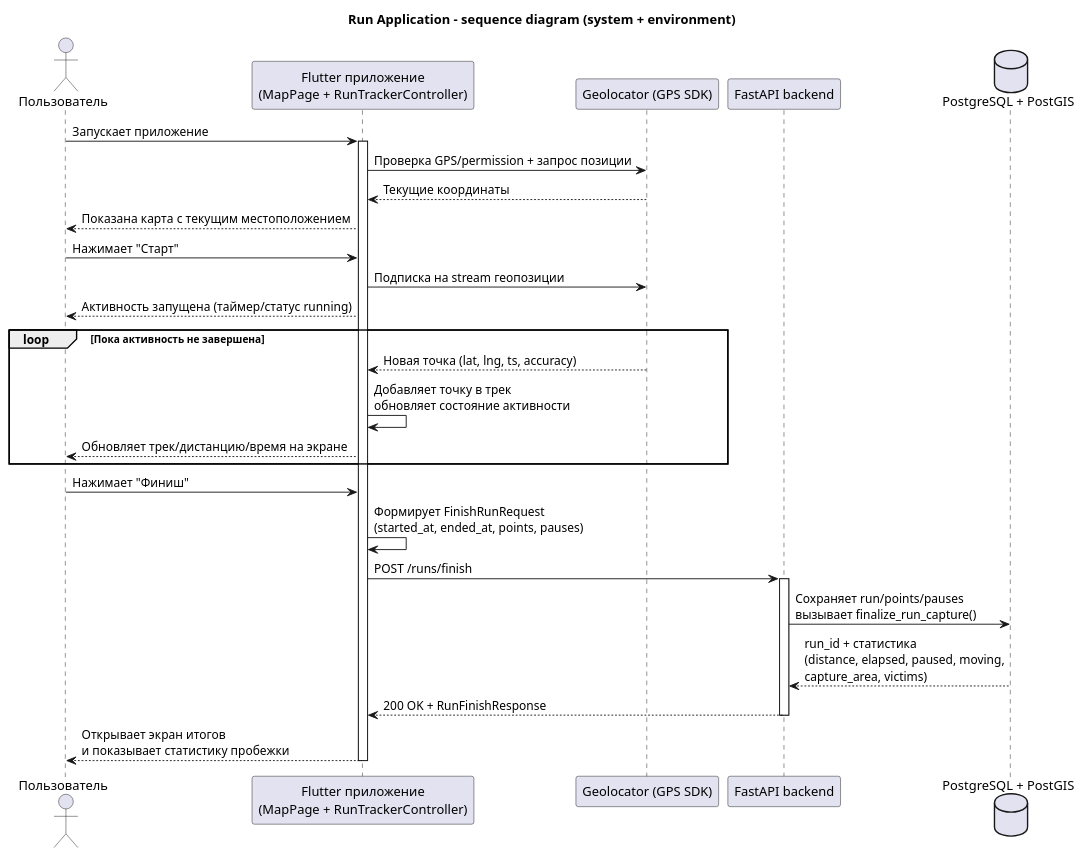
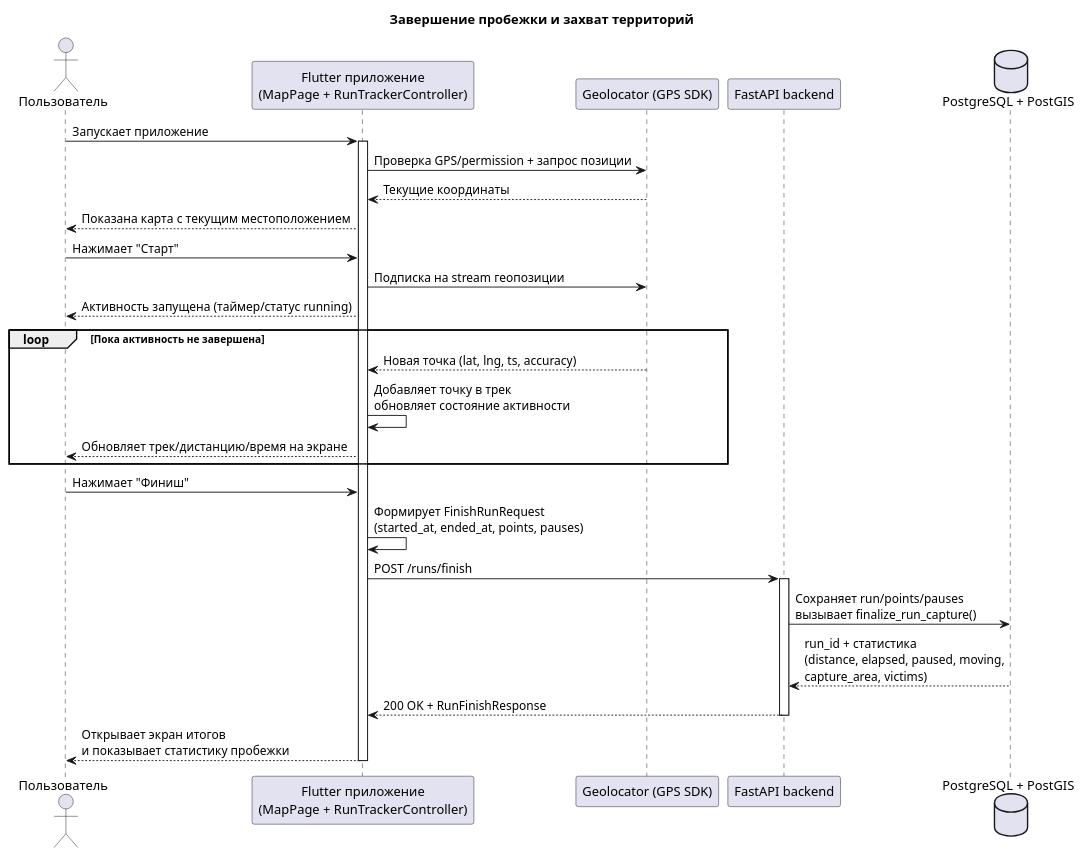
The diagram in docs/scheme/system_sequence_diagram.puml (Nikitin48/run_application), drawn with PlantUML before and after one commit. The commit also changed 18 other files, not shown here.

Commit message:
new diagram

```diff
--- a/docs/scheme/system_sequence_diagram.puml
+++ b/docs/scheme/system_sequence_diagram.puml
@@ -1,45 +1,45 @@
 @startuml
-title Run Application - sequence diagram (system + environment)
+title Завершение пробежки и захват территорий
 
 actor User as "Пользователь"
 participant App as "Flutter приложение\n(MapPage + RunTrackerController)"
 participant GPS as "Geolocator (GPS SDK)"
 participant API as "FastAPI backend"
 database DB as "PostgreSQL + PostGIS"
 
 ' 1) Пользователь запустил приложение
 User -> App: Запускает приложение
 activate App
 
 ' 2) Определилось местоположение
 App -> GPS: Проверка GPS/permission + запрос позиции
 GPS --> App: Текущие координаты
 App --> User: Показана карта с текущим местоположением
 
 ' 3) Пользователь начал активность
 User -> App: Нажимает "Старт"
 App -> GPS: Подписка на stream геопозиции
 App --> User: Активность запущена (таймер/статус running)
 
 ' 4) Пользователь ведет активность
 loop Пока активность не завершена
   GPS --> App: Новая точка (lat, lng, ts, accuracy)
   App -> App: Добавляет точку в трек\nобновляет состояние активности
   App --> User: Обновляет трек/дистанцию/время на экране
 end
 
 ' 5) Пользователь закончил активность
 User -> App: Нажимает "Финиш"
 App -> App: Формирует FinishRunRequest\n(started_at, ended_at, points, pauses)
 App -> API: POST /runs/finish
 activate API
 API -> DB: Сохраняет run/points/pauses\nвызывает finalize_run_capture()
 DB --> API: run_id + статистика\n(distance, elapsed, paused, moving,\ncapture_area, victims)
 API --> App: 200 OK + RunFinishResponse
 deactivate API
 
 ' 6) Статистика записалась и показано пользователю
 App --> User: Открывает экран итогов\nи показывает статистику пробежки
 deactivate App
 
 @enduml
```
